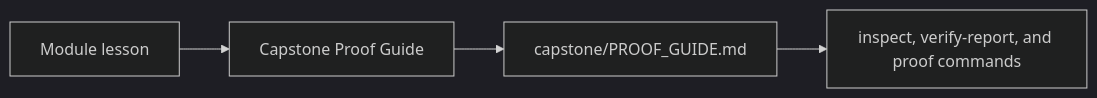
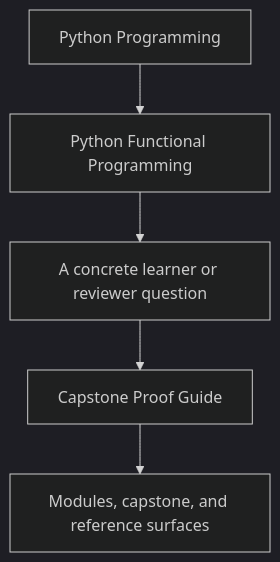
One commit to bijux/bijux-masterclass changed the first of 2 diagrams in programs/python-programming/python-functional-programming/course-book/guides/capstone-proof-guide.md. Above: the diagram before and after it, drawn with Mermaid (dark theme). The commit also changed other lines of this file and 23 other files, not shown here.

Commit message:
docs(python-functional-programming): sharpen guide and reference diagrams

````diff
--- a/programs/python-programming/python-functional-programming/course-book/guides/capstone-proof-guide.md
+++ b/programs/python-programming/python-functional-programming/course-book/guides/capstone-proof-guide.md
@@ -7,6 +7,7 @@
 ```mermaid
-graph LR
-  chapter["Module lesson"] --> proof["Capstone Proof Guide"]
-  proof --> local["capstone/PROOF_GUIDE.md"]
-  local --> commands["inspect, verify-report, and proof commands"]
+flowchart TD
+  family["Python Programming"] --> program["Python Functional Programming"]
+  program --> pressure["A concrete learner or reviewer question"]
+  pressure --> guide["Capstone Proof Guide"]
+  guide --> next["Modules, capstone, and reference surfaces"]
 ```
````
